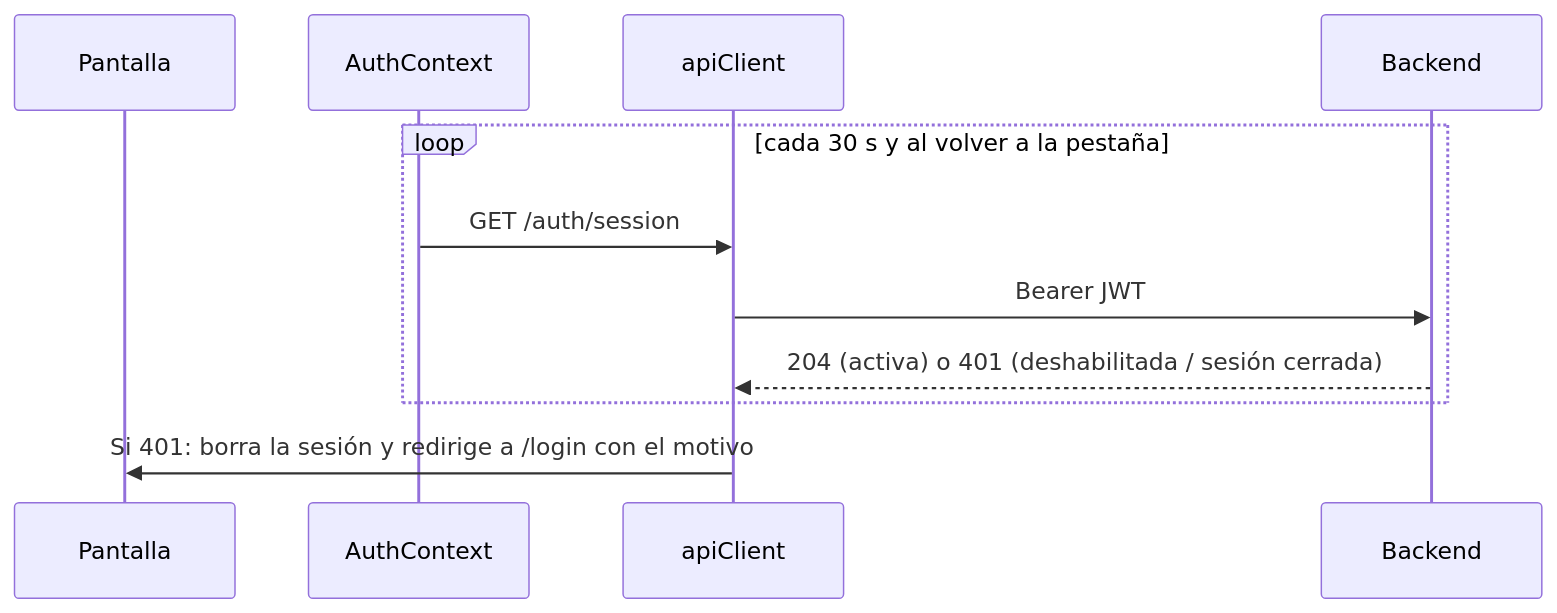
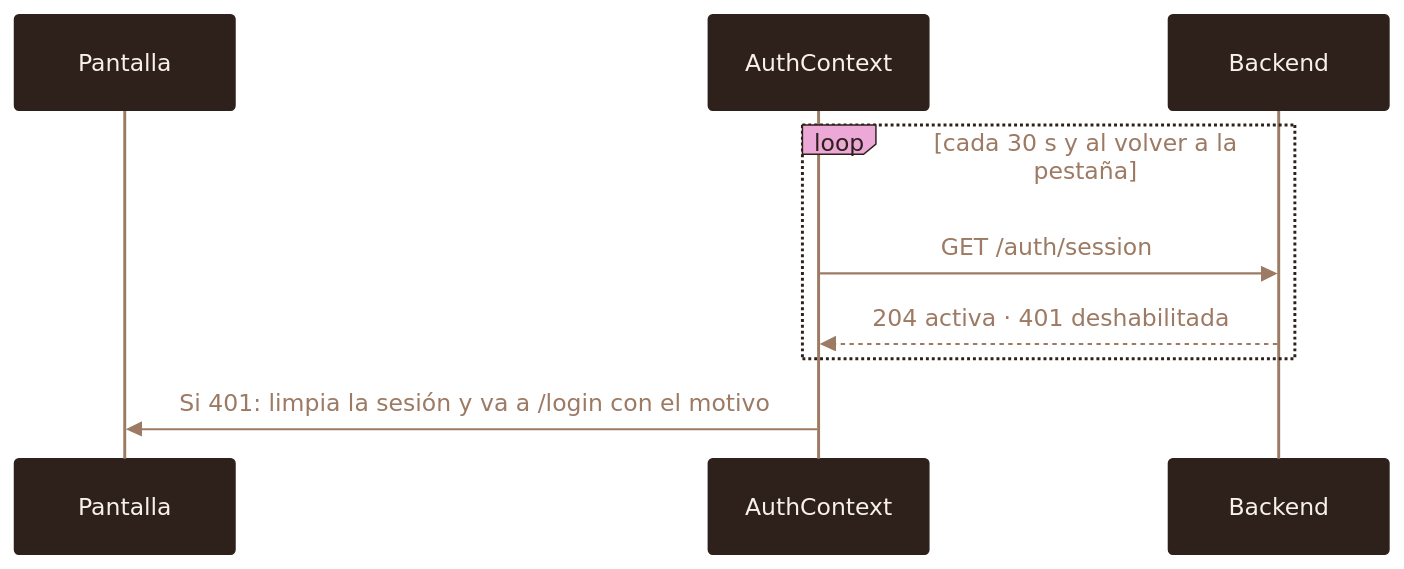
Before and after one commit to HotelGotitass/Hotel-frontend: the fourth of 5 diagrams in README.md, drawn with Mermaid. The commit also changed other lines of this file, not shown here.

Commit message:
docs: rediseno del README con encabezado, tarjetas y diagramas con la paleta de marca

````diff
--- a/README.md
+++ b/README.md
@@ -77,13 +93,12 @@
 ```mermaid
+%%{init: {"theme":"base","themeVariables":{"primaryColor":"#F7F1E8","primaryTextColor":"#2E211B","primaryBorderColor":"#2E211B","lineColor":"#9C7A63","secondaryColor":"#ECA8D6","tertiaryColor":"#FBF8F3","edgeLabelBackground":"#F7F1E8","noteBkgColor":"#ECA8D6","noteTextColor":"#2E211B","noteBorderColor":"#2E211B","actorBkg":"#2E211B","actorTextColor":"#F7F1E8","actorBorder":"#2E211B","actorLineColor":"#9C7A63","signalColor":"#9C7A63","signalTextColor":"#9C7A63","labelBoxBkgColor":"#ECA8D6","labelTextColor":"#2E211B","loopTextColor":"#9C7A63","attributeBackgroundColorOdd":"#FBF8F3","attributeBackgroundColorEven":"#F7F1E8"}}}%%
 sequenceDiagram
     participant UI as Pantalla
     participant AC as AuthContext
-    participant API as apiClient
     participant BE as Backend
     loop cada 30 s y al volver a la pestaña
-        AC->>API: GET /auth/session
-        API->>BE: Bearer JWT
-        BE-->>API: 204 (activa) o 401 (deshabilitada / sesión cerrada)
+        AC->>BE: GET /auth/session
+        BE-->>AC: 204 activa · 401 deshabilitada
     end
-    API->>UI: Si 401: borra la sesión y redirige a /login con el motivo
+    AC->>UI: Si 401: limpia la sesión y va a /login con el motivo
 ```
````
